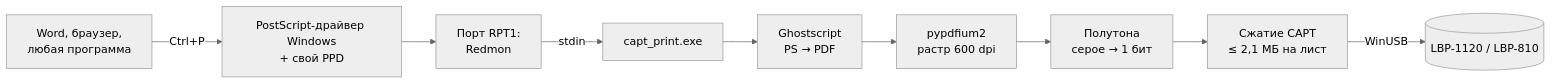
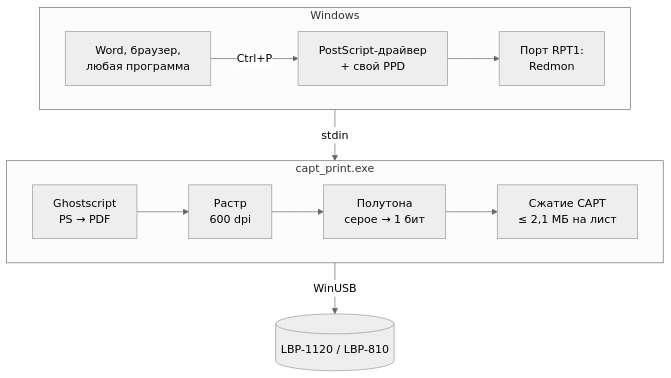
The diagram in README.md (andremazurinni/print-restore), drawn with Mermaid (neutral theme) before and after one commit. The commit also changed other lines of this file, not shown here.

Commit message:
Revise flowchart and update license reference
Updated the flowchart format and corrected license file reference.

````diff
--- a/README.md
+++ b/README.md
@@ -15,11 +15,13 @@
 ```mermaid
-flowchart LR
-  A[Word, браузер,<br/>любая программа] -->|Ctrl+P| B[PostScript-драйвер Windows<br/>+ свой PPD]
-  B --> C[Порт RPT1:<br/>Redmon]
-  C -->|stdin| D[capt_print.exe]
-  D --> E[Ghostscript<br/>PS → PDF]
-  E --> F[pypdfium2<br/>растр 600 dpi]
-  F --> G[Полутона<br/>серое → 1 бит]
-  G --> H[Сжатие CAPT<br/>≤ 2,1 МБ на лист]
+flowchart TB
+  subgraph win [Windows]
+    direction LR
+    A[Word, браузер,<br/>любая программа] -->|Ctrl+P| B[PostScript-драйвер<br/>+ свой PPD] --> C[Порт RPT1:<br/>Redmon]
+  end
+  subgraph drv [capt_print.exe]
+    direction LR
+    E[Ghostscript<br/>PS → PDF] --> F[Растр<br/>600 dpi] --> G[Полутона<br/>серое → 1 бит] --> H[Сжатие CAPT<br/>≤ 2,1 МБ на лист]
+  end
+  C -->|stdin| E
   H -->|WinUSB| I[(LBP-1120 / LBP-810)]
 ```
````
